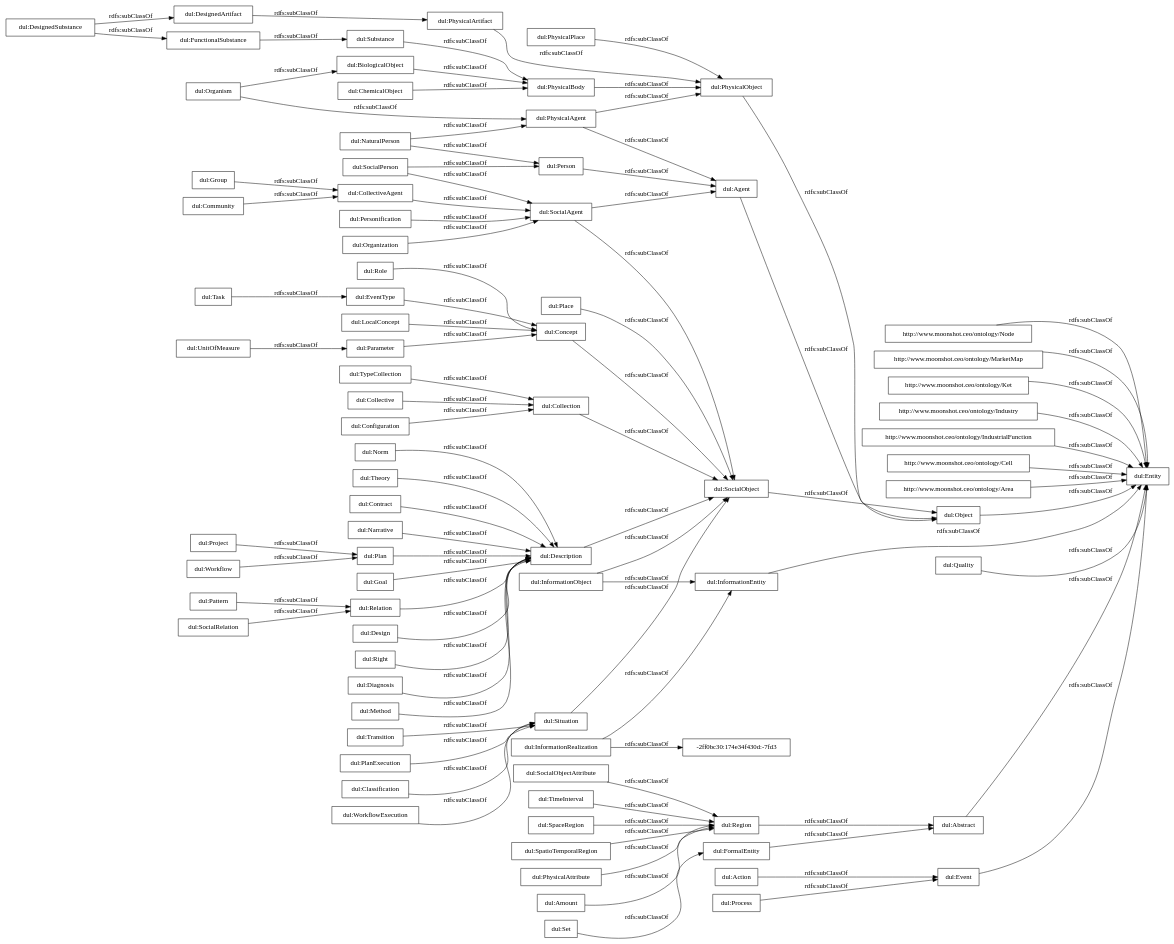
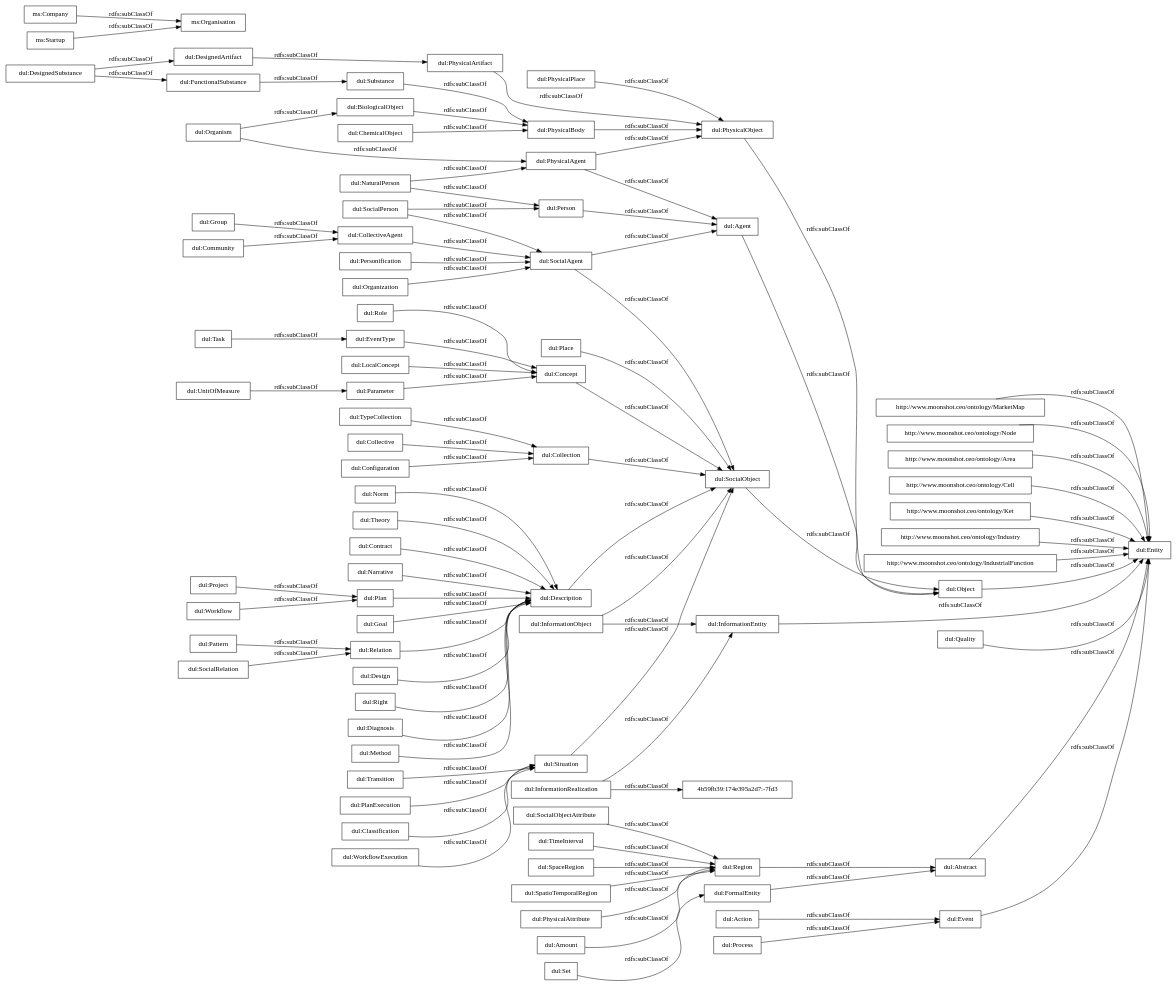
The diagram in OnToology/iebrain.ttl/diagrams/ar2dtool-taxonomy/iebrain.ttl.png.dot (oeg-upm/IEBrain), drawn with Graphviz before and after one commit. The commit also changed 21 other files, not shown here.

```diff
--- a/OnToology/iebrain.ttl/diagrams/ar2dtool-taxonomy/iebrain.ttl.png.dot
+++ b/OnToology/iebrain.ttl/diagrams/ar2dtool-taxonomy/iebrain.ttl.png.dot
@@ -1,95 +1,97 @@
 digraph ar2dtool_diagram { 
 rankdir=LR;
 size="1000"
-node [shape = rectangle, color="black"]; "http://www.moonshot.ceo/ontology/Node" "http://www.moonshot.ceo/ontology/MarketMap" "http://www.moonshot.ceo/ontology/Ket" "http://www.moonshot.ceo/ontology/Industry" "http://www.moonshot.ceo/ontology/IndustrialFunction" "http://www.moonshot.ceo/ontology/Cell" "http://www.moonshot.ceo/ontology/Area" "dul:Goal" "dul:FormalEntity" "dul:EventType" "dul:PhysicalBody" "dul:Object" "dul:Description" "dul:PhysicalAgent" "dul:Relation" "dul:Role" "dul:Entity" "dul:Organism" "dul:Personification" "dul:Situation" "dul:UnitOfMeasure" "dul:Abstract" "dul:SocialPerson" "dul:Transition" "dul:Collective" "dul:CollectiveAgent" "dul:Amount" "dul:Plan" "dul:Design" "dul:Process" "dul:SocialObjectAttribute" "dul:Right" "dul:Task" "dul:DesignedSubstance" "dul:BiologicalObject" "dul:Place" "dul:Quality" "dul:Action" "dul:SocialAgent" "dul:Project" "dul:PlanExecution" "dul:Configuration" "dul:Pattern" "dul:Diagnosis" "dul:Agent" "-2ff0bc30:174e34f430d:-7fd3" "dul:Classification" "dul:Parameter" "dul:WorkflowExecution" "dul:SocialObject" "dul:Group" "dul:Community" "dul:FunctionalSubstance" "dul:PhysicalPlace" "dul:Method" "dul:Concept" "dul:SocialRelation" "dul:Event" "dul:DesignedArtifact" "dul:TimeInterval" "dul:Person" "dul:TypeCollection" "dul:SpaceRegion" "dul:PhysicalObject" "dul:SpatioTemporalRegion" "dul:Norm" "dul:InformationRealization" "dul:Theory" "dul:PhysicalAttribute" "dul:NaturalPerson" "dul:Workflow" "dul:InformationObject" "dul:ChemicalObject" "dul:Contract" "dul:Narrative" "dul:Collection" "dul:Substance" "dul:Region" "dul:InformationEntity" "dul:PhysicalArtifact" "dul:Organization" "dul:Set" "dul:LocalConcept" ; /*classes style*/
+node [shape = rectangle, color="black"]; "http://www.moonshot.ceo/ontology/MarketMap" "ms:Company" "ms:Startup" "http://www.moonshot.ceo/ontology/Node" "http://www.moonshot.ceo/ontology/Area" "http://www.moonshot.ceo/ontology/Cell" "http://www.moonshot.ceo/ontology/Ket" "http://www.moonshot.ceo/ontology/Industry" "http://www.moonshot.ceo/ontology/IndustrialFunction" "ms:Organisation" "dul:Goal" "dul:FormalEntity" "dul:EventType" "dul:PhysicalBody" "dul:Object" "dul:Description" "dul:PhysicalAgent" "dul:Relation" "dul:Role" "dul:Entity" "dul:Organism" "dul:Situation" "dul:Personification" "dul:UnitOfMeasure" "dul:Abstract" "dul:SocialPerson" "dul:Transition" "dul:Collective" "dul:CollectiveAgent" "dul:Amount" "dul:Plan" "dul:Design" "dul:Process" "dul:SocialObjectAttribute" "dul:Right" "dul:Task" "dul:DesignedSubstance" "dul:BiologicalObject" "dul:Place" "dul:Quality" "dul:Action" "dul:SocialAgent" "dul:Configuration" "dul:Project" "dul:PlanExecution" "dul:Pattern" "dul:Agent" "dul:Classification" "dul:Diagnosis" "dul:Parameter" "dul:WorkflowExecution" "dul:SocialObject" "dul:Group" "dul:Community" "dul:FunctionalSubstance" "dul:PhysicalPlace" "dul:Method" "dul:Concept" "dul:SocialRelation" "dul:Event" "dul:DesignedArtifact" "dul:TimeInterval" "dul:Person" "dul:TypeCollection" "dul:SpaceRegion" "dul:PhysicalObject" "dul:SpatioTemporalRegion" "dul:Norm" "dul:InformationRealization" "dul:Theory" "dul:PhysicalAttribute" "dul:NaturalPerson" "4b59fb39:174e395a2d7:-7fd3" "dul:Workflow" "dul:InformationObject" "dul:ChemicalObject" "dul:Contract" "dul:Narrative" "dul:Collection" "dul:Substance" "dul:Region" "dul:InformationEntity" "dul:PhysicalArtifact" "dul:Organization" "dul:Set" "dul:LocalConcept" ; /*classes style*/
 	"dul:CollectiveAgent" -> "dul:SocialAgent" [ label = "rdfs:subClassOf" ];
 	"dul:Region" -> "dul:Abstract" [ label = "rdfs:subClassOf" ];
 	"dul:TypeCollection" -> "dul:Collection" [ label = "rdfs:subClassOf" ];
 	"dul:PhysicalAttribute" -> "dul:Region" [ label = "rdfs:subClassOf" ];
 	"dul:Organization" -> "dul:SocialAgent" [ label = "rdfs:subClassOf" ];
 	"http://www.moonshot.ceo/ontology/Node" -> "dul:Entity" [ label = "rdfs:subClassOf" ];
 	"dul:Configuration" -> "dul:Collection" [ label = "rdfs:subClassOf" ];
 	"dul:Quality" -> "dul:Entity" [ label = "rdfs:subClassOf" ];
 	"dul:Description" -> "dul:SocialObject" [ label = "rdfs:subClassOf" ];
 	"dul:Community" -> "dul:CollectiveAgent" [ label = "rdfs:subClassOf" ];
 	"dul:Method" -> "dul:Description" [ label = "rdfs:subClassOf" ];
 	"dul:Concept" -> "dul:SocialObject" [ label = "rdfs:subClassOf" ];
 	"dul:Object" -> "dul:Entity" [ label = "rdfs:subClassOf" ];
 	"dul:Place" -> "dul:SocialObject" [ label = "rdfs:subClassOf" ];
 	"dul:PhysicalArtifact" -> "dul:PhysicalObject" [ label = "rdfs:subClassOf" ];
 	"dul:Organism" -> "dul:PhysicalAgent" [ label = "rdfs:subClassOf" ];
 	"dul:Organism" -> "dul:BiologicalObject" [ label = "rdfs:subClassOf" ];
 	"dul:Goal" -> "dul:Description" [ label = "rdfs:subClassOf" ];
 	"dul:FunctionalSubstance" -> "dul:Substance" [ label = "rdfs:subClassOf" ];
 	"dul:Role" -> "dul:Concept" [ label = "rdfs:subClassOf" ];
 	"dul:Collective" -> "dul:Collection" [ label = "rdfs:subClassOf" ];
 	"dul:InformationObject" -> "dul:SocialObject" [ label = "rdfs:subClassOf" ];
 	"dul:InformationObject" -> "dul:InformationEntity" [ label = "rdfs:subClassOf" ];
 	"dul:UnitOfMeasure" -> "dul:Parameter" [ label = "rdfs:subClassOf" ];
 	"dul:SocialObjectAttribute" -> "dul:Region" [ label = "rdfs:subClassOf" ];
 	"dul:WorkflowExecution" -> "dul:Situation" [ label = "rdfs:subClassOf" ];
 	"dul:Right" -> "dul:Description" [ label = "rdfs:subClassOf" ];
 	"dul:Task" -> "dul:EventType" [ label = "rdfs:subClassOf" ];
 	"dul:Set" -> "dul:FormalEntity" [ label = "rdfs:subClassOf" ];
 	"dul:DesignedSubstance" -> "dul:FunctionalSubstance" [ label = "rdfs:subClassOf" ];
 	"dul:DesignedSubstance" -> "dul:DesignedArtifact" [ label = "rdfs:subClassOf" ];
 	"dul:SocialObject" -> "dul:Object" [ label = "rdfs:subClassOf" ];
 	"dul:Parameter" -> "dul:Concept" [ label = "rdfs:subClassOf" ];
-	"dul:InformationRealization" -> "-2ff0bc30:174e34f430d:-7fd3" [ label = "rdfs:subClassOf" ];
+	"dul:InformationRealization" -> "4b59fb39:174e395a2d7:-7fd3" [ label = "rdfs:subClassOf" ];
 	"dul:InformationRealization" -> "dul:InformationEntity" [ label = "rdfs:subClassOf" ];
+	"ms:Company" -> "ms:Organisation" [ label = "rdfs:subClassOf" ];
 	"dul:Substance" -> "dul:PhysicalBody" [ label = "rdfs:subClassOf" ];
 	"dul:Event" -> "dul:Entity" [ label = "rdfs:subClassOf" ];
 	"dul:PhysicalAgent" -> "dul:PhysicalObject" [ label = "rdfs:subClassOf" ];
 	"dul:PhysicalAgent" -> "dul:Agent" [ label = "rdfs:subClassOf" ];
 	"http://www.moonshot.ceo/ontology/Area" -> "dul:Entity" [ label = "rdfs:subClassOf" ];
 	"dul:Project" -> "dul:Plan" [ label = "rdfs:subClassOf" ];
 	"dul:PhysicalObject" -> "dul:Object" [ label = "rdfs:subClassOf" ];
+	"dul:Situation" -> "dul:SocialObject" [ label = "rdfs:subClassOf" ];
 	"dul:Action" -> "dul:Event" [ label = "rdfs:subClassOf" ];
-	"dul:Situation" -> "dul:SocialObject" [ label = "rdfs:subClassOf" ];
 	"dul:Design" -> "dul:Description" [ label = "rdfs:subClassOf" ];
 	"dul:EventType" -> "dul:Concept" [ label = "rdfs:subClassOf" ];
 	"dul:Classification" -> "dul:Situation" [ label = "rdfs:subClassOf" ];
 	"http://www.moonshot.ceo/ontology/IndustrialFunction" -> "dul:Entity" [ label = "rdfs:subClassOf" ];
 	"dul:Workflow" -> "dul:Plan" [ label = "rdfs:subClassOf" ];
 	"dul:Pattern" -> "dul:Relation" [ label = "rdfs:subClassOf" ];
 	"dul:Transition" -> "dul:Situation" [ label = "rdfs:subClassOf" ];
 	"dul:Norm" -> "dul:Description" [ label = "rdfs:subClassOf" ];
 	"dul:Person" -> "dul:Agent" [ label = "rdfs:subClassOf" ];
 	"http://www.moonshot.ceo/ontology/Ket" -> "dul:Entity" [ label = "rdfs:subClassOf" ];
 	"http://www.moonshot.ceo/ontology/Cell" -> "dul:Entity" [ label = "rdfs:subClassOf" ];
 	"dul:Contract" -> "dul:Description" [ label = "rdfs:subClassOf" ];
 	"dul:PhysicalPlace" -> "dul:PhysicalObject" [ label = "rdfs:subClassOf" ];
 	"dul:Relation" -> "dul:Description" [ label = "rdfs:subClassOf" ];
 	"dul:SocialRelation" -> "dul:Relation" [ label = "rdfs:subClassOf" ];
 	"dul:PlanExecution" -> "dul:Situation" [ label = "rdfs:subClassOf" ];
 	"http://www.moonshot.ceo/ontology/MarketMap" -> "dul:Entity" [ label = "rdfs:subClassOf" ];
 	"dul:LocalConcept" -> "dul:Concept" [ label = "rdfs:subClassOf" ];
 	"dul:FormalEntity" -> "dul:Abstract" [ label = "rdfs:subClassOf" ];
 	"dul:PhysicalBody" -> "dul:PhysicalObject" [ label = "rdfs:subClassOf" ];
 	"http://www.moonshot.ceo/ontology/Industry" -> "dul:Entity" [ label = "rdfs:subClassOf" ];
 	"dul:BiologicalObject" -> "dul:PhysicalBody" [ label = "rdfs:subClassOf" ];
 	"dul:SocialPerson" -> "dul:SocialAgent" [ label = "rdfs:subClassOf" ];
 	"dul:SocialPerson" -> "dul:Person" [ label = "rdfs:subClassOf" ];
 	"dul:NaturalPerson" -> "dul:PhysicalAgent" [ label = "rdfs:subClassOf" ];
 	"dul:NaturalPerson" -> "dul:Person" [ label = "rdfs:subClassOf" ];
 	"dul:TimeInterval" -> "dul:Region" [ label = "rdfs:subClassOf" ];
 	"dul:Collection" -> "dul:SocialObject" [ label = "rdfs:subClassOf" ];
 	"dul:InformationEntity" -> "dul:Entity" [ label = "rdfs:subClassOf" ];
 	"dul:SpatioTemporalRegion" -> "dul:Region" [ label = "rdfs:subClassOf" ];
 	"dul:Personification" -> "dul:SocialAgent" [ label = "rdfs:subClassOf" ];
 	"dul:DesignedArtifact" -> "dul:PhysicalArtifact" [ label = "rdfs:subClassOf" ];
 	"dul:ChemicalObject" -> "dul:PhysicalBody" [ label = "rdfs:subClassOf" ];
 	"dul:Narrative" -> "dul:Description" [ label = "rdfs:subClassOf" ];
 	"dul:Process" -> "dul:Event" [ label = "rdfs:subClassOf" ];
 	"dul:Theory" -> "dul:Description" [ label = "rdfs:subClassOf" ];
 	"dul:Abstract" -> "dul:Entity" [ label = "rdfs:subClassOf" ];
 	"dul:SpaceRegion" -> "dul:Region" [ label = "rdfs:subClassOf" ];
 	"dul:Plan" -> "dul:Description" [ label = "rdfs:subClassOf" ];
 	"dul:Group" -> "dul:CollectiveAgent" [ label = "rdfs:subClassOf" ];
 	"dul:SocialAgent" -> "dul:SocialObject" [ label = "rdfs:subClassOf" ];
 	"dul:SocialAgent" -> "dul:Agent" [ label = "rdfs:subClassOf" ];
+	"ms:Startup" -> "ms:Organisation" [ label = "rdfs:subClassOf" ];
 	"dul:Diagnosis" -> "dul:Description" [ label = "rdfs:subClassOf" ];
 	"dul:Agent" -> "dul:Object" [ label = "rdfs:subClassOf" ];
 	"dul:Amount" -> "dul:Region" [ label = "rdfs:subClassOf" ];
 
 }
```
